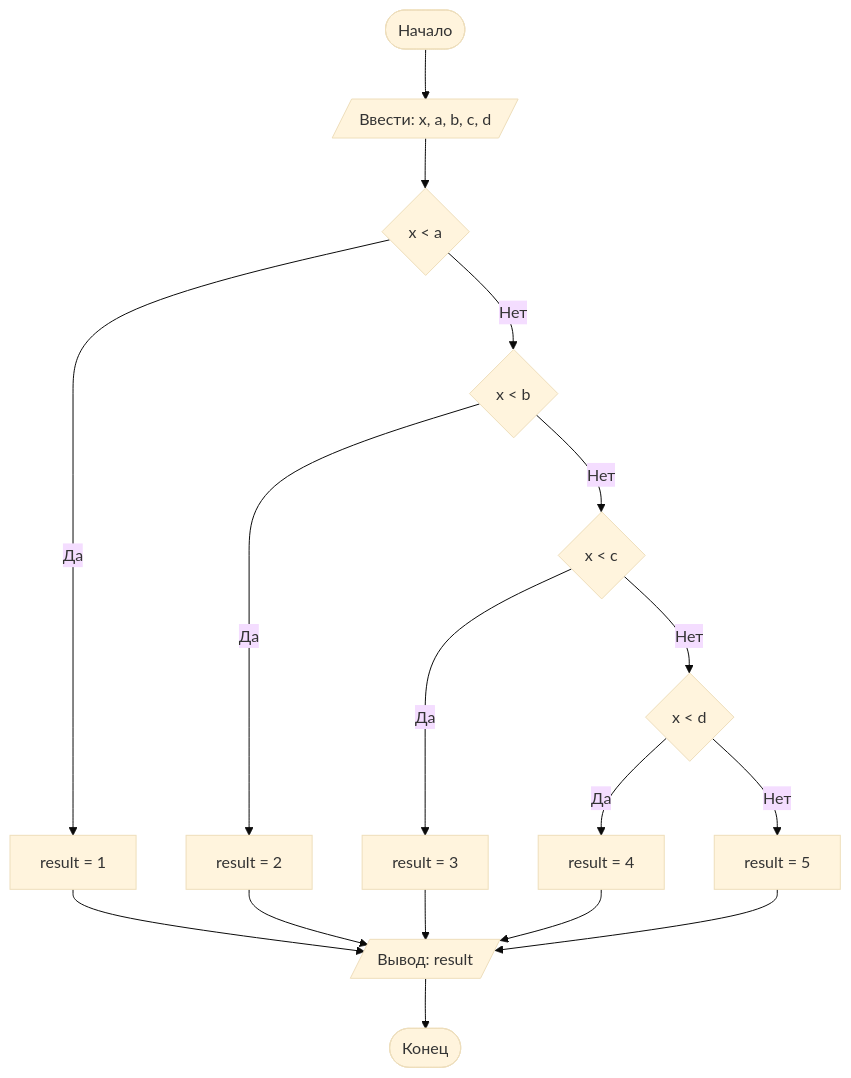
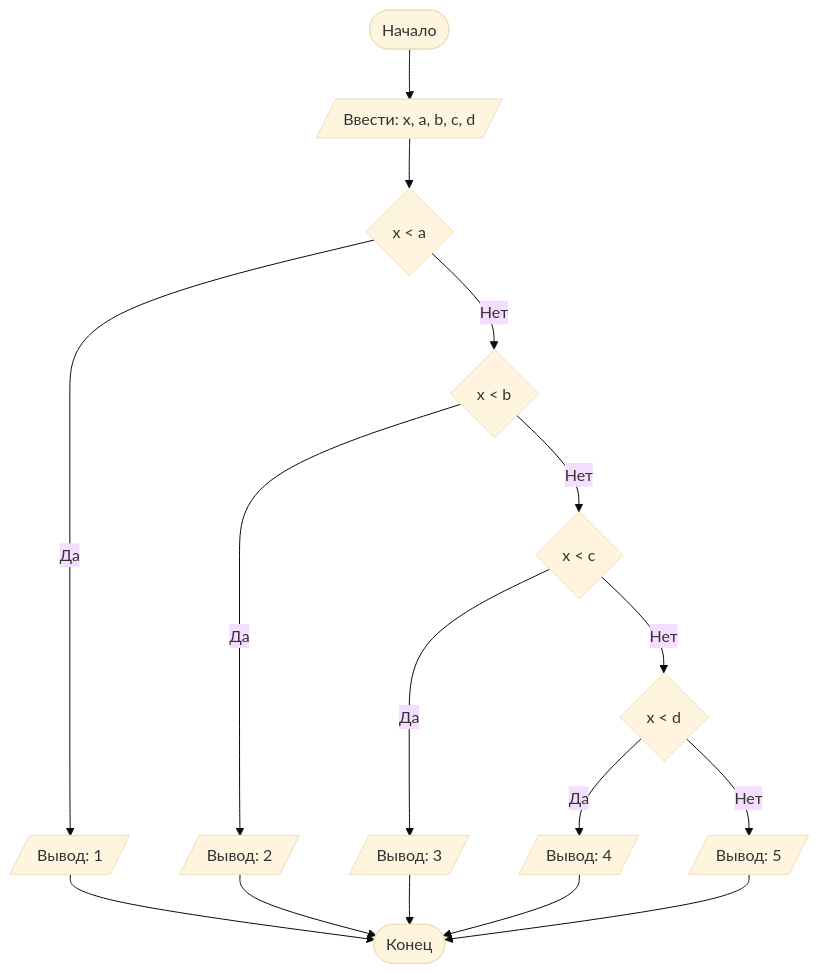
The diagram in README.md (AngelicaSeliwerstova/OP_Labs), drawn with Mermaid (base theme) before and after one commit. The commit also changed other lines of this file, not shown here.

````diff
--- a/README.md
+++ b/README.md
@@ -114,19 +108,18 @@
 ```mermaid
 graph TD
     A([Начало]) --> B[/Ввести: x, a, b, c, d/]
     B --> C{"x < a"}
-    C -- Да --> D["result = 1"]
+    C -- Да --> D[/Вывод: 1/]
     C -- Нет --> E{"x < b"}
-    E -- Да --> F["result = 2"]
+    E -- Да --> F[/Вывод: 2/]
     E -- Нет --> G{"x < c"}
-    G -- Да --> H["result = 3"]
+    G -- Да --> H[/Вывод: 3/]
     G -- Нет --> I{"x < d"}
-    I -- Да --> J["result = 4"]
-    I -- Нет --> K["result = 5"]
-    D --> Y[/Вывод: result/]
-    F --> Y
-    H --> Y
-    J --> Y
-    K --> Y
-    Y --> Z([Конец])
+    I -- Да --> J[/Вывод: 4/]
+    I -- Нет --> K[/Вывод: 5/]
+    D --> Z([Конец])
+    F --> Z
+    H --> Z
+    J --> Z
+    K --> Z
 ```
````
